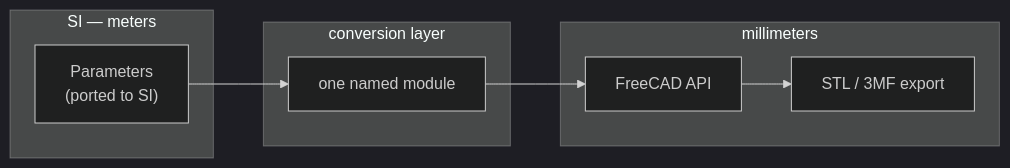
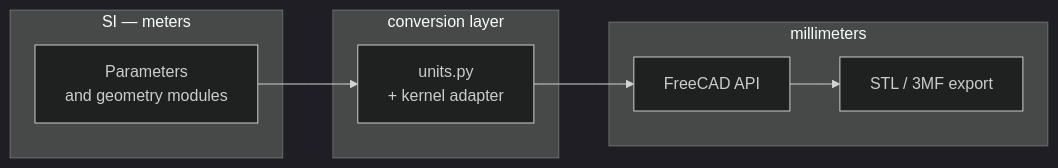
One commit to yJjDoAZuae/modular-sUAS changed the fourth of 4 diagrams in doc/architecture/freecad_migration.md. Above: the diagram before and after it, drawn with Mermaid (dark theme). The commit also changed other lines of this file and 38 other files, not shown here.

````diff
--- a/doc/architecture/freecad_migration.md
+++ b/doc/architecture/freecad_migration.md
@@ -432,14 +432,14 @@
 ```mermaid
 flowchart LR
     subgraph si["SI — meters"]
-        p["Parameters<br/>(ported to SI)"]
+        p["Parameters<br/>and geometry modules"]
     end
     subgraph conv["conversion layer"]
-        c["one named module"]
+        c["units.py<br/>+ kernel adapter"]
     end
     subgraph mm["millimeters"]
         fc["FreeCAD API"]
         ex["STL / 3MF export"]
     end
     p --> c --> fc --> ex
 ```
````
